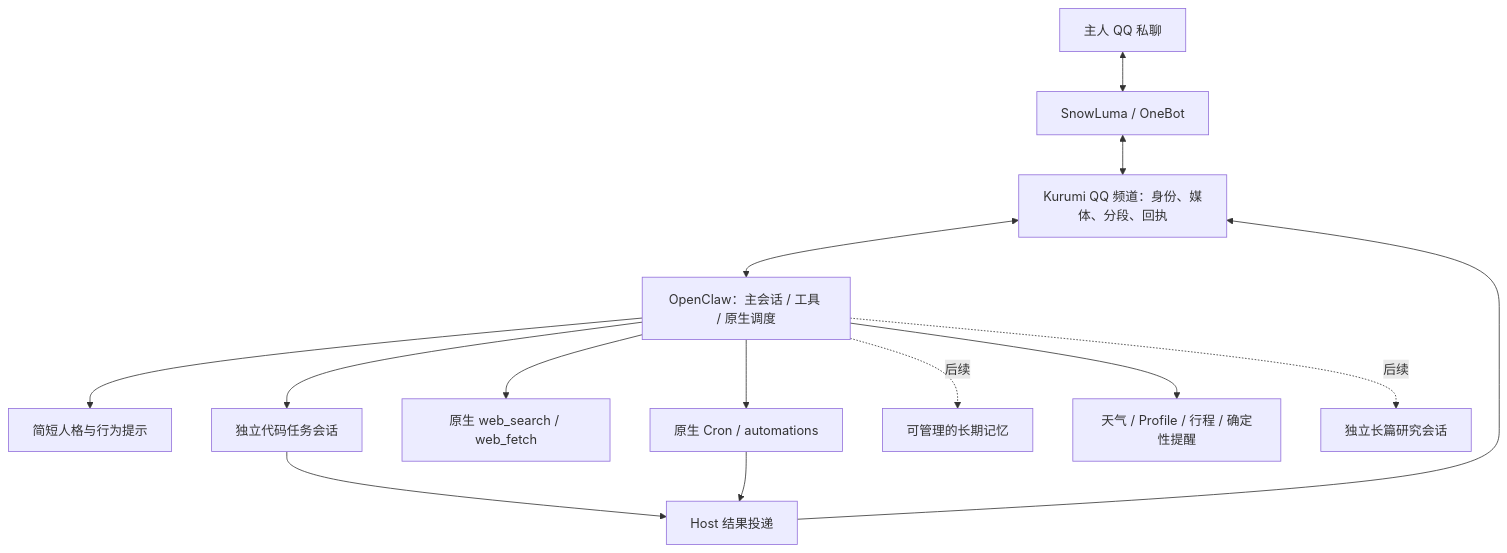
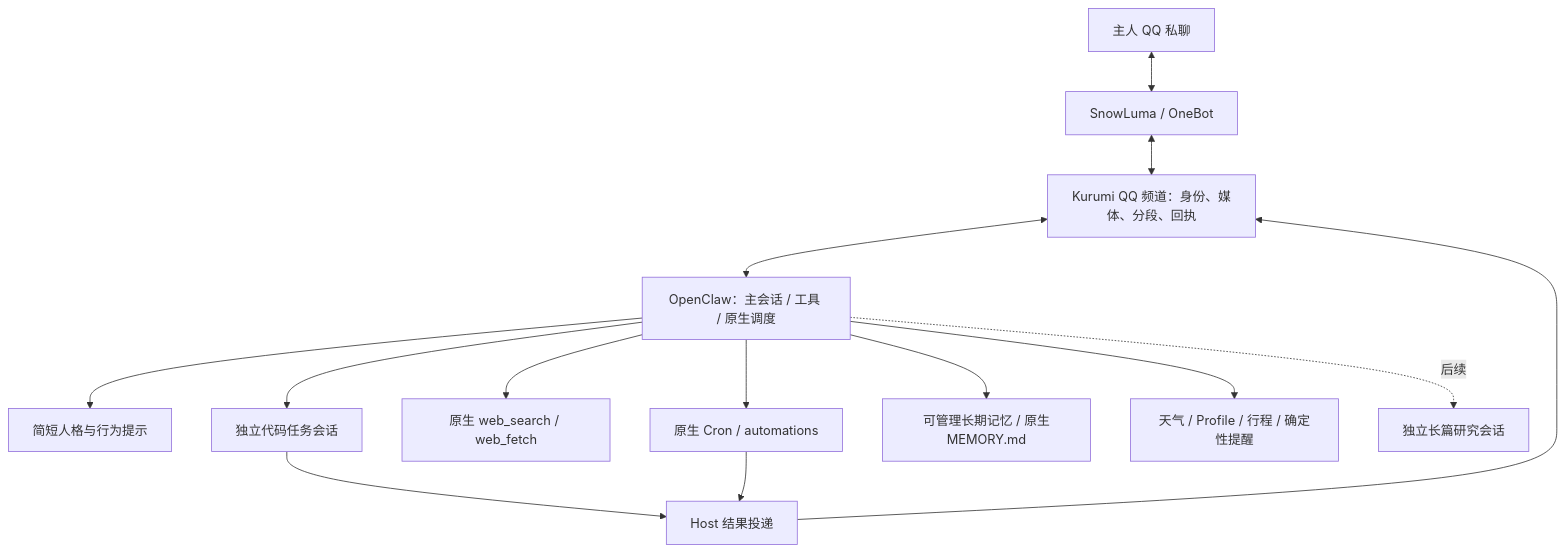
Before and after one commit to zsh-afrangry/MyBot: the diagram in docs/9_QQ融合助手架构与开发计划.md, drawn with Mermaid. The commit also changed other lines of this file and 11 other files, not shown here.

````diff
--- a/docs/9_QQ融合助手架构与开发计划.md
+++ b/docs/9_QQ融合助手架构与开发计划.md
@@ -35,16 +35,16 @@
 ```mermaid
 flowchart TD
   Q[主人 QQ 私聊] <--> S[SnowLuma / OneBot]
   S <--> C[Kurumi QQ 频道：身份、媒体、分段、回执]
   C <--> O[OpenClaw：主会话 / 工具 / 原生调度]
   O --> P[简短人格与行为提示]
   O --> W[独立代码任务会话]
   O --> R[原生 web_search / web_fetch]
   O --> T[原生 Cron / automations]
   W --> D[Host 结果投递]
   T --> D
   D --> C
-  O -. 后续 .-> M[可管理的长期记忆]
+  O --> M[可管理长期记忆 / 原生MEMORY.md]
   O --> B[天气 / Profile / 行程 / 确定性提醒]
   O -. 后续 .-> L[独立长篇研究会话]
 ```
````
